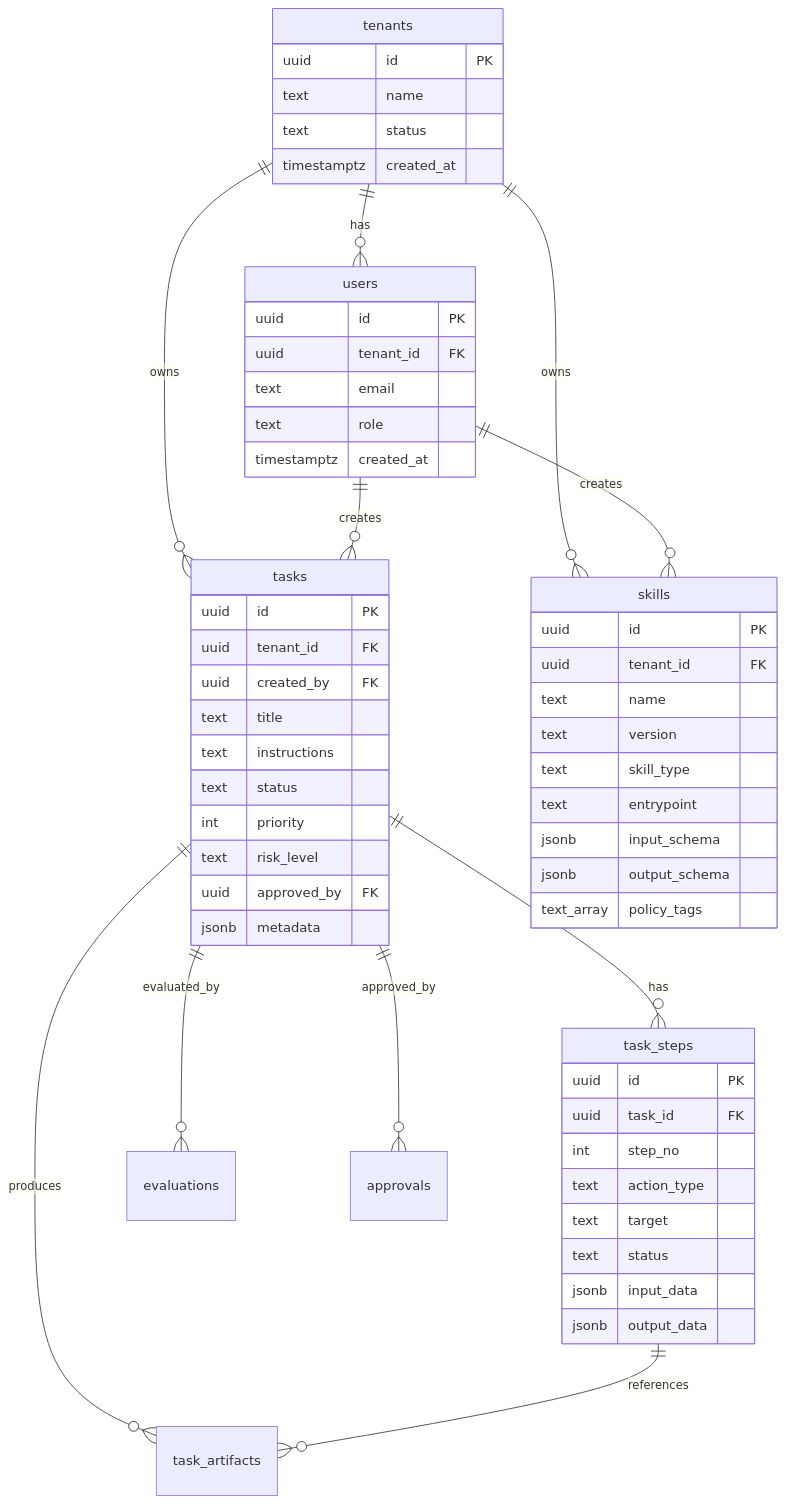
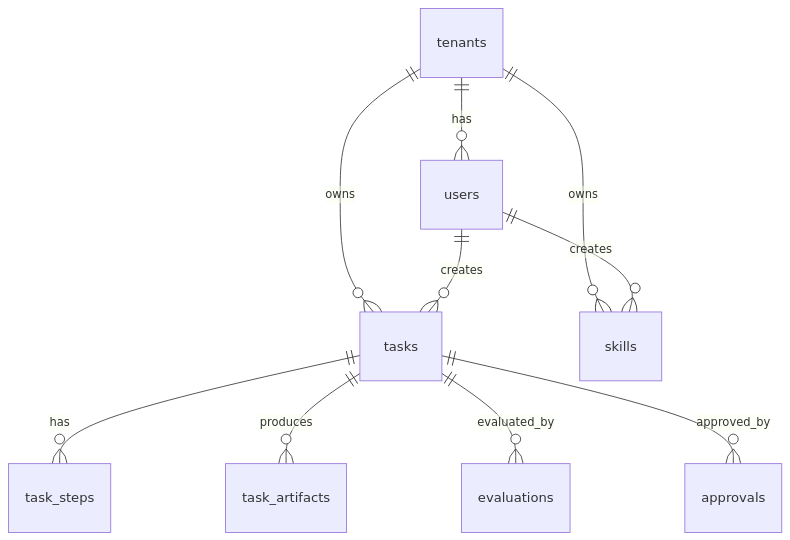
Before and after one commit to leo459028/BrowserAgent: the diagram in DOCS/DATA_MODEL.md, drawn with Mermaid. The commit also changed other lines of this file and 28 other files, not shown here.

Commit message:
Refactor browser agent workflow and UI flow

````diff
--- a/DOCS/DATA_MODEL.md
+++ b/DOCS/DATA_MODEL.md
@@ -7,64 +8,12 @@
 ```mermaid
 erDiagram
     tenants ||--o{ users : has
     tenants ||--o{ tasks : owns
     tenants ||--o{ skills : owns
     users ||--o{ tasks : creates
     users ||--o{ skills : creates
     tasks ||--o{ task_steps : has
     tasks ||--o{ task_artifacts : produces
-    task_steps ||--o{ task_artifacts : references
     tasks ||--o{ evaluations : evaluated_by
     tasks ||--o{ approvals : approved_by
-
-    tenants {
-      uuid id PK
-      text name
-      text status
-      timestamptz created_at
-    }
-
-    users {
-      uuid id PK
-      uuid tenant_id FK
-      text email
-      text role
-      timestamptz created_at
-    }
-
-    tasks {
-      uuid id PK
-      uuid tenant_id FK
-      uuid created_by FK
-      text title
-      text instructions
-      text status
-      int priority
-      text risk_level
-      uuid approved_by FK
-      jsonb metadata
-    }
-
-    task_steps {
-      uuid id PK
-      uuid task_id FK
-      int step_no
-      text action_type
-      text target
-      text status
-      jsonb input_data
-      jsonb output_data
-    }
-
-    skills {
-      uuid id PK
-      uuid tenant_id FK
-      text name
-      text version
-      text skill_type
-      text entrypoint
-      jsonb input_schema
-      jsonb output_schema
-      text_array policy_tags
-    }
 ```
````
